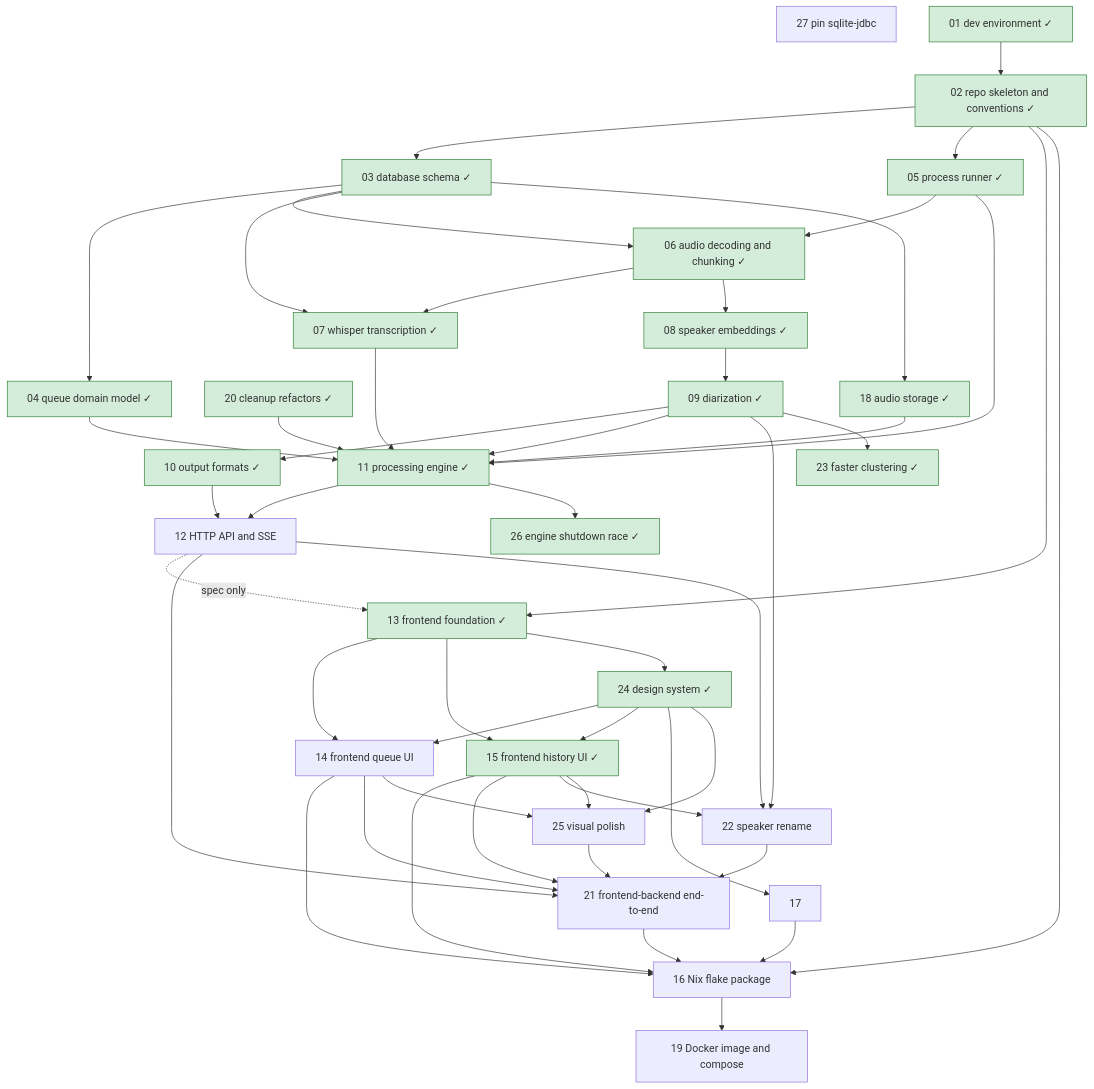
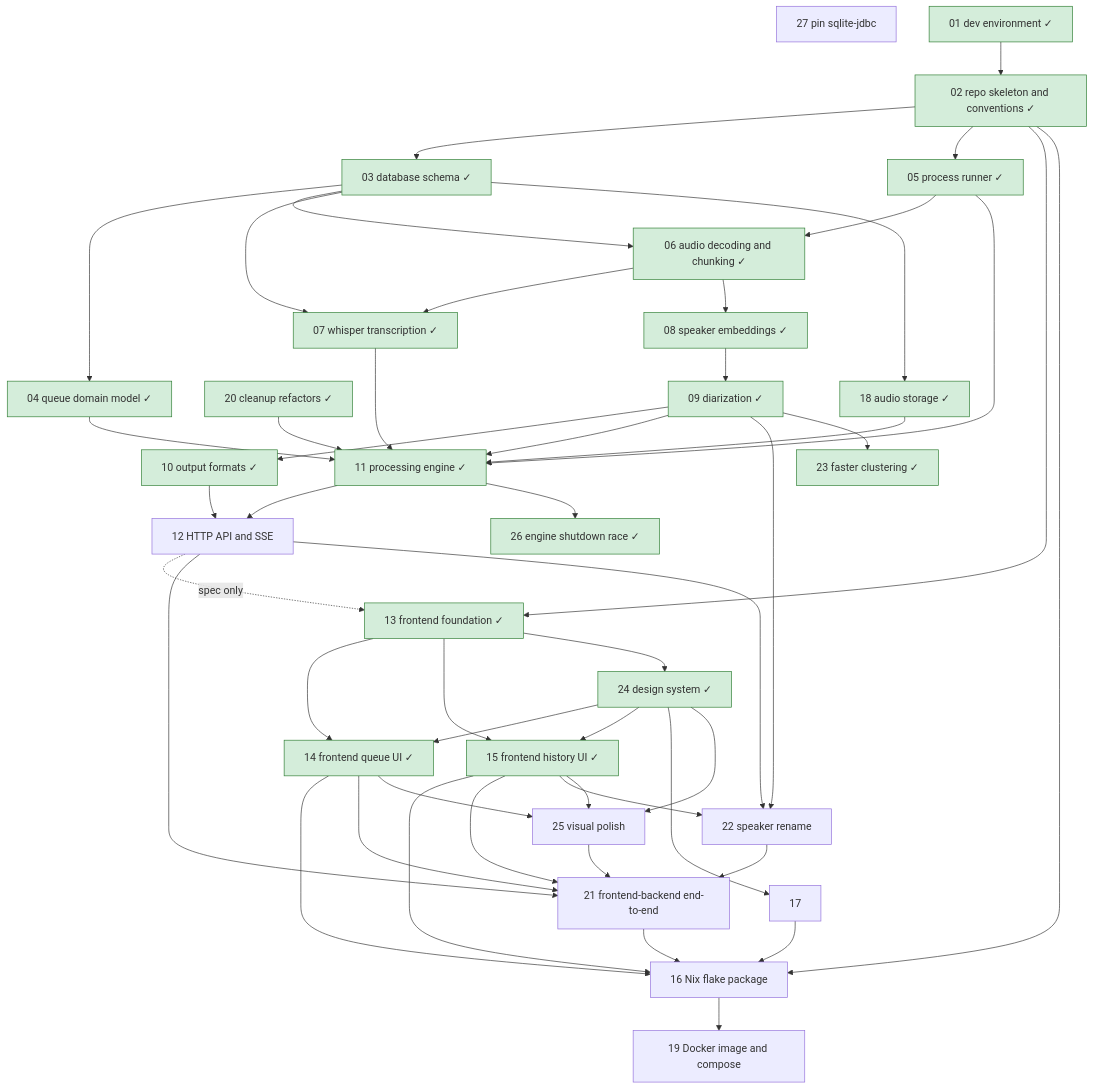
Before and after one commit to lulu-berlin/speech-to-text-app: the diagram in roadmap/README.md, drawn with Mermaid. The commit also changed other lines of this file and 4 other files, not shown here.

Commit message:
Complete roadmap item 14: move spec to docs/specs/frontend-queue-ui.md

````diff
--- a/roadmap/README.md
+++ b/roadmap/README.md
@@ -17,53 +17,53 @@
 ```mermaid
 graph TD
   01[01 dev environment ✓]:::done --> 02[02 repo skeleton and conventions ✓]:::done
   02 --> 03[03 database schema ✓]:::done
   03 --> 04[04 queue domain model ✓]:::done
   02 --> 05[05 process runner ✓]:::done
   05 --> 06[06 audio decoding and chunking ✓]:::done
   03 --> 06
   06 --> 07[07 whisper transcription ✓]:::done
   03 --> 07
   06 --> 08[08 speaker embeddings ✓]:::done
   08 --> 09[09 diarization ✓]:::done
   09 --> 10[10 output formats ✓]:::done
   04 --> 11[11 processing engine ✓]:::done
   05 --> 11
   07 --> 11
   09 --> 11
   03 --> 18[18 audio storage ✓]:::done
   18 --> 11
   20 --> 11
   11 --> 12[12 HTTP API and SSE]
   10 --> 12
   02 --> 13[13 frontend foundation ✓]:::done
   12 -. spec only .-> 13
-  13 --> 14[14 frontend queue UI]
+  13 --> 14[14 frontend queue UI ✓]:::done
   13 --> 15[15 frontend history UI ✓]:::done
   02 --> 16[16 Nix flake package]
   14 --> 16
   15 --> 16
   17 --> 16
   20[20 cleanup refactors ✓]:::done
   12 --> 21[21 frontend-backend end-to-end]
   14 --> 21
   15 --> 21
   22 --> 21
   25 --> 21
   16 --> 19[19 Docker image and compose]
   21 --> 16
   09 --> 22[22 speaker rename]
   12 --> 22
   15 --> 22
   09 --> 23[23 faster clustering ✓]:::done
   13 --> 24[24 design system ✓]:::done
   24 --> 14
   24 --> 15
   24 --> 17
   24 --> 25[25 visual polish]
   14 --> 25
   15 --> 25
   11 --> 26[26 engine shutdown race ✓]:::done
   27[27 pin sqlite-jdbc]
   classDef done fill:#d4edda,stroke:#2e7d32
 ```
````
